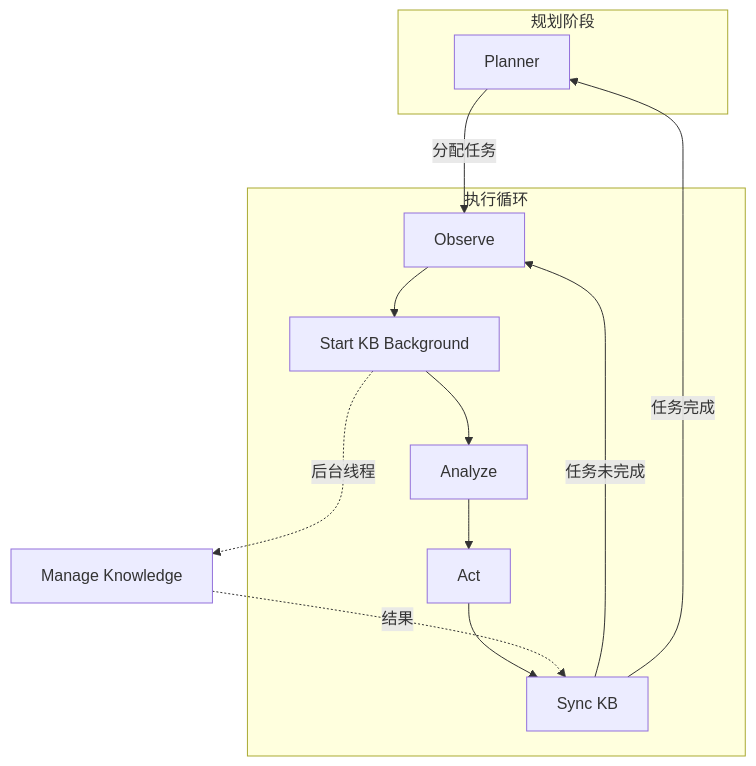
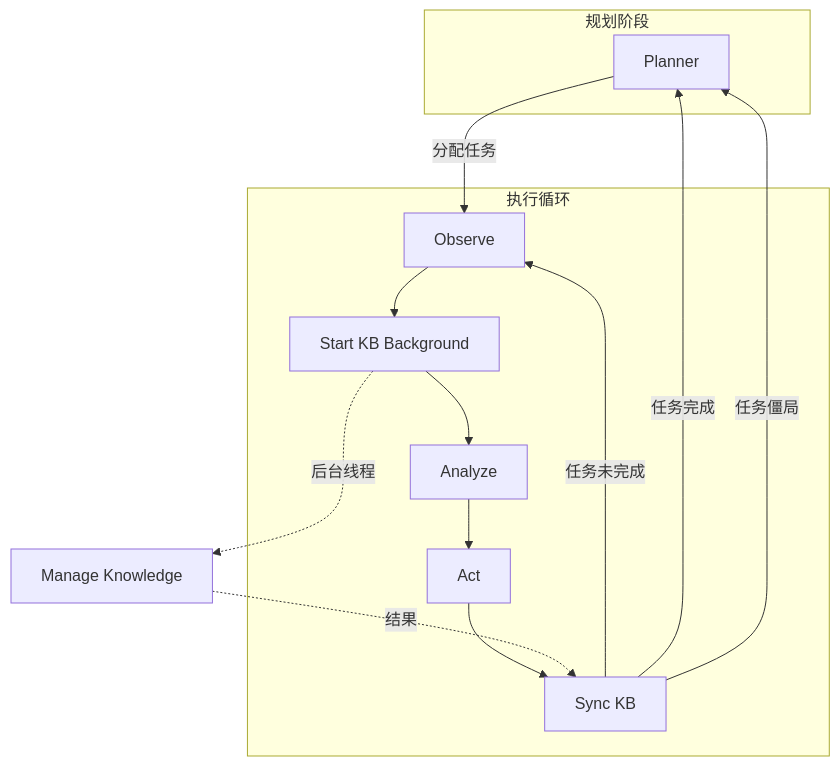
Before and after one commit to zhtxiii-ops/mudbot: the diagram in README.md, drawn with Mermaid. The commit also changed other lines of this file and 8 other files, not shown here.

````diff
--- a/README.md
+++ b/README.md
@@ -15,20 +15,21 @@
 ```mermaid
 graph TD
     subgraph Planning [规划阶段]
         P[Planner]
     end
 
     subgraph Execution [执行循环]
         O[Observe] --> SKB[Start KB Background]
         SKB --> AN[Analyze]
         AN --> ACT[Act]
         ACT --> SYNC[Sync KB]
         SYNC -->|任务未完成| O
     end
     
     P -->|分配任务| O
     SYNC -->|任务完成| P
+    SYNC -->|任务僵局| P
     
     SKB -.->|后台线程| MK[Manage Knowledge]
     MK -.->|结果| SYNC
 ```
````
